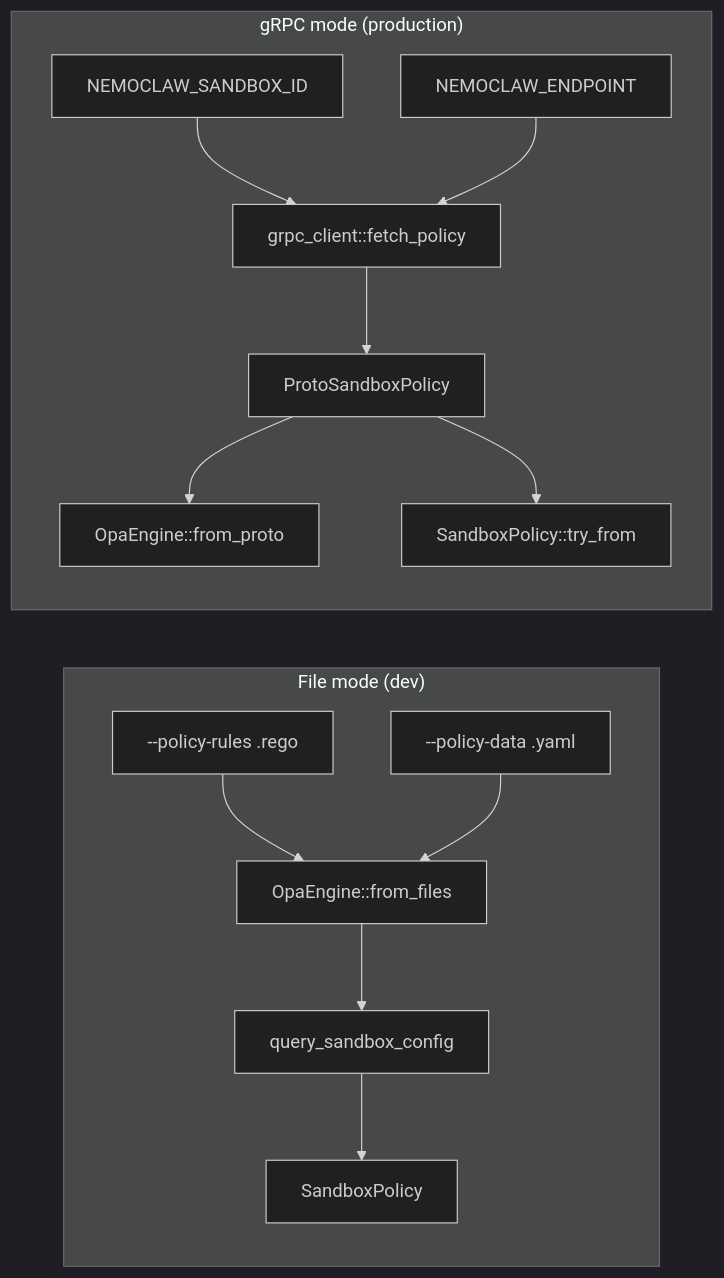
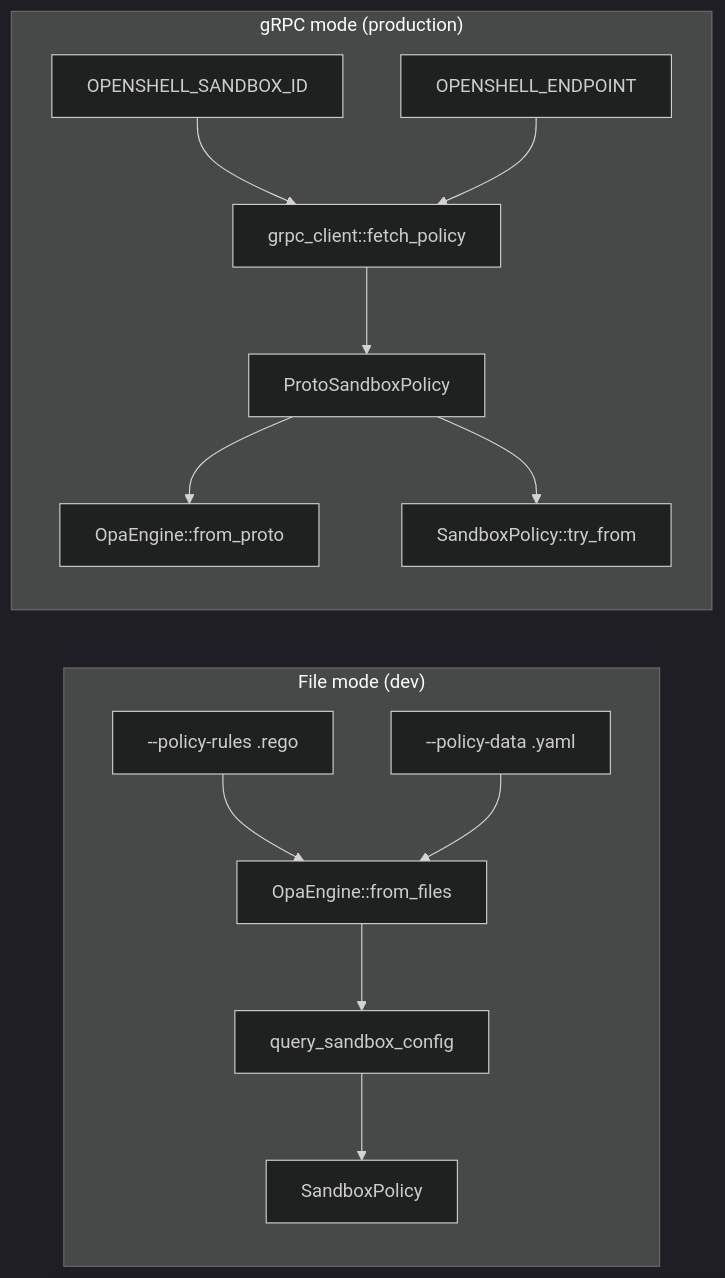
The second of 10 diagrams in architecture/sandbox.md (NVIDIA/OpenShell), drawn with Mermaid (dark theme) before and after one commit. The commit also changed other lines of this file and 162 other files, not shown here.

````diff
--- a/architecture/sandbox.md
+++ b/architecture/sandbox.md
@@ -170,16 +170,16 @@
 ```mermaid
 flowchart LR
     subgraph "File mode (dev)"
         A[--policy-rules .rego] --> C[OpaEngine::from_files]
         B[--policy-data .yaml] --> C
         C --> D[query_sandbox_config]
         D --> E[SandboxPolicy]
     end
     subgraph "gRPC mode (production)"
-        F[NEMOCLAW_SANDBOX_ID] --> H[grpc_client::fetch_policy]
-        G[NEMOCLAW_ENDPOINT] --> H
+        F[OPENSHELL_SANDBOX_ID] --> H[grpc_client::fetch_policy]
+        G[OPENSHELL_ENDPOINT] --> H
         H --> I[ProtoSandboxPolicy]
         I --> J[OpaEngine::from_proto]
         I --> K[SandboxPolicy::try_from]
     end
 ```
````
